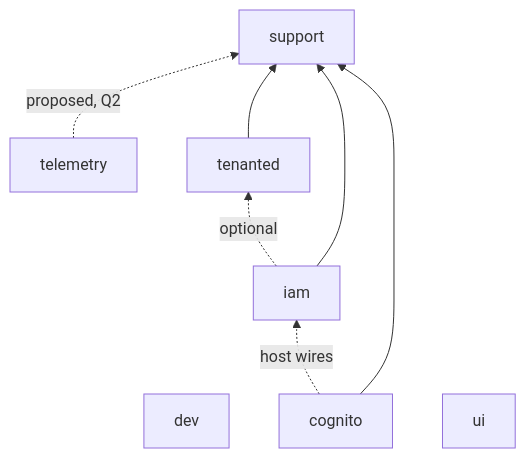
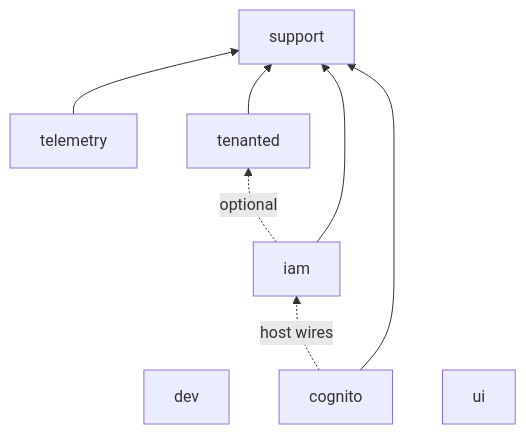
Before and after one commit to cnfs-io/partitia: the diagram in ARCHITECTURE.md, drawn with Mermaid. The commit also changed other lines of this file and 1 other file, not shown here.

First line of the commit message:
ARCHITECTURE agreed: Q1-Q7 answered, with the evidence from the earlier apps

````diff
--- a/ARCHITECTURE.md
+++ b/ARCHITECTURE.md
@@ -21,12 +21,12 @@
 ```mermaid
 graph BT
   support
   dev
-  telemetry -. proposed, Q2 .-> support
+  telemetry --> support
   tenanted --> support
   iam --> support
   cognito --> support
   ui
   iam -. optional .-> tenanted
   cognito -. host wires .-> iam
 ```
````
